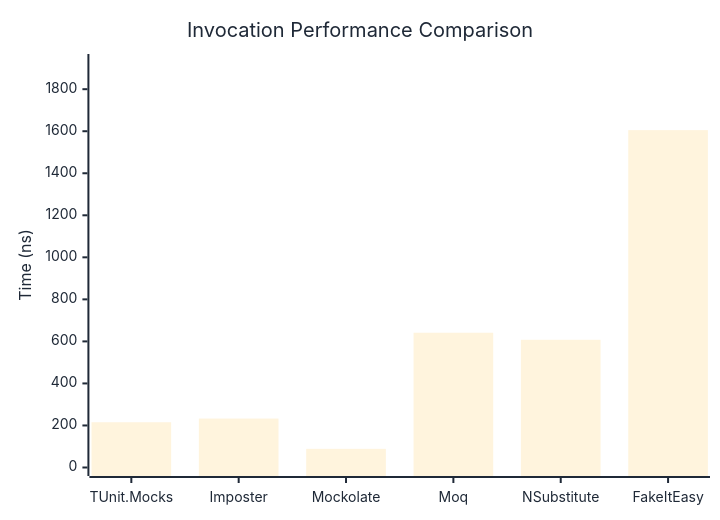
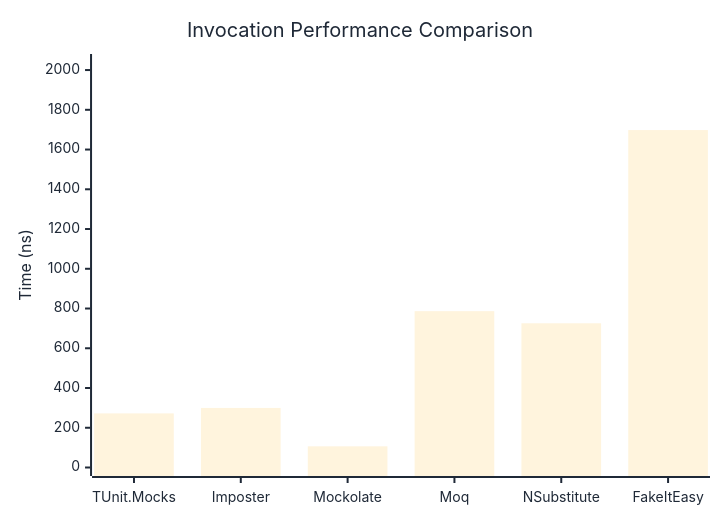
Before and after one commit to thomhurst/TUnit: the first of 3 diagrams in docs/docs/benchmarks/mocks/Invocation.md, drawn with Mermaid. The commit also changed other lines of this file and 14 other files, not shown here.

````diff
--- a/docs/docs/benchmarks/mocks/Invocation.md
+++ b/docs/docs/benchmarks/mocks/Invocation.md
@@ -30,27 +30,27 @@
 ```mermaid
 %%{init: {
   'theme':'base',
   'themeVariables': {
     'primaryColor': '#2563eb',
     'primaryTextColor': '#1f2937',
     'primaryBorderColor': '#1e40af',
     'lineColor': '#6b7280',
     'secondaryColor': '#7c3aed',
     'tertiaryColor': '#dc2626',
     'background': '#ffffff',
     'pie1': '#2563eb',
     'pie2': '#7c3aed',
     'pie3': '#dc2626',
     'pie4': '#f59e0b',
     'pie5': '#10b981',
     'pie6': '#06b6d4',
     'pie7': '#ec4899',
     'pie8': '#6366f1'
   }
 }}%%
 xychart-beta
   title "Invocation Performance Comparison"
   x-axis ["TUnit.Mocks", "Imposter", "Mockolate", "Moq", "NSubstitute", "FakeItEasy"]
-  y-axis "Time (ns)" 0 --> 1927
-  bar [215.31, 232.8, 88.8, 641.2, 607.7, 1605.23]
+  y-axis "Time (ns)" 0 --> 2038
+  bar [272.29, 299.77, 106.55, 786.75, 725.77, 1698.02]
 ```
````
